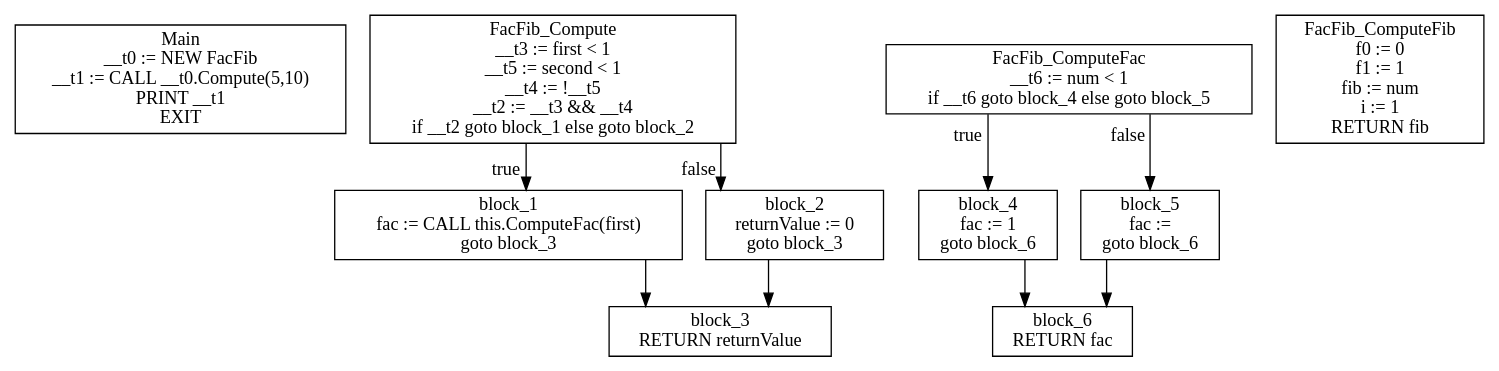
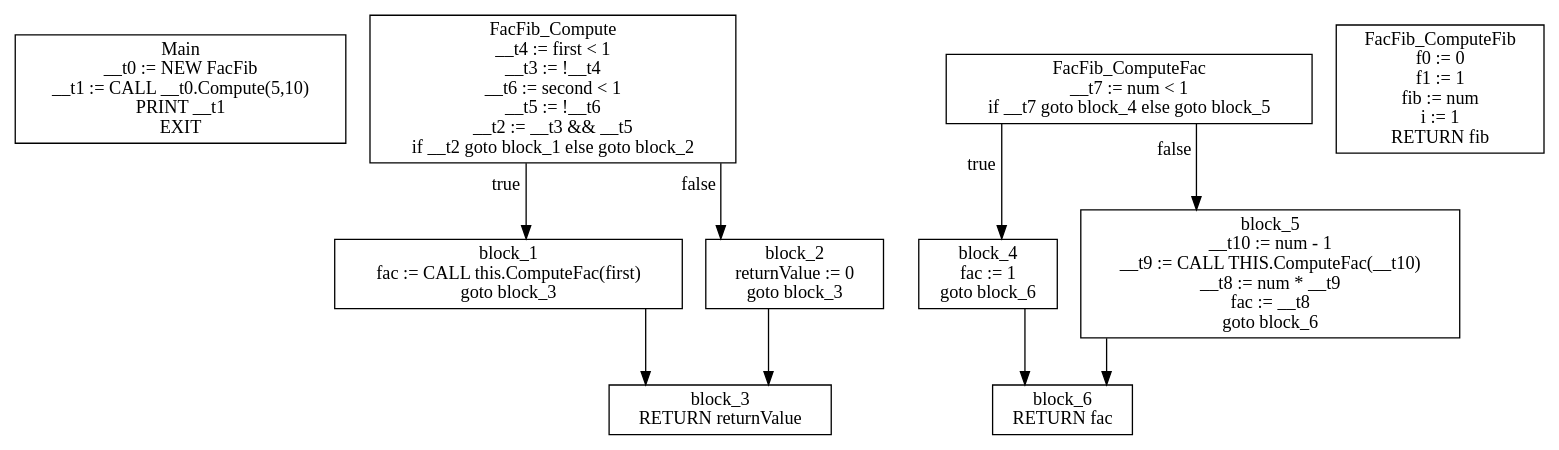
Before and after one commit to KarmaSora/Compiler: the diagram in gettingStarted/cfg.dot, drawn with Graphviz. The commit also changed 5 other files, not shown here.

```diff
--- a/gettingStarted/cfg.dot
+++ b/gettingStarted/cfg.dot
@@ -1,22 +1,22 @@
 digraph CFG {
 graph [splines=ortho];
 node [shape=box];
 Main [label="Main\n__t0 := NEW FacFib\n__t1 := CALL __t0.Compute(5,10)\nPRINT __t1\nEXIT\n"];
 FacFib_Compute -> block_1 [xlabel="true"];
 FacFib_Compute -> block_2 [xlabel="false"];
-FacFib_Compute [label="FacFib_Compute\n__t3 := first < 1\n__t5 := second < 1\n__t4 := !__t5\n__t2 := __t3 && __t4\nif __t2 goto block_1 else goto block_2\n"];
+FacFib_Compute [label="FacFib_Compute\n__t4 := first < 1\n__t3 := !__t4\n__t6 := second < 1\n__t5 := !__t6\n__t2 := __t3 && __t5\nif __t2 goto block_1 else goto block_2\n"];
 block_1 -> block_3;
 block_1 [label="block_1\nfac := CALL this.ComputeFac(first)\ngoto block_3\n"];
 block_2 -> block_3;
 block_2 [label="block_2\nreturnValue := 0\ngoto block_3\n"];
 block_3 [label="block_3\nRETURN returnValue\n"];
 FacFib_ComputeFac -> block_4 [xlabel="true"];
 FacFib_ComputeFac -> block_5 [xlabel="false"];
-FacFib_ComputeFac [label="FacFib_ComputeFac\n__t6 := num < 1\nif __t6 goto block_4 else goto block_5\n"];
+FacFib_ComputeFac [label="FacFib_ComputeFac\n__t7 := num < 1\nif __t7 goto block_4 else goto block_5\n"];
 block_4 -> block_6;
 block_4 [label="block_4\nfac := 1\ngoto block_6\n"];
 block_5 -> block_6;
-block_5 [label="block_5\nfac := \ngoto block_6\n"];
+block_5 [label="block_5\n__t10 := num - 1\n__t9 := CALL THIS.ComputeFac(__t10)\n__t8 := num * __t9\nfac := __t8\ngoto block_6\n"];
 block_6 [label="block_6\nRETURN fac\n"];
 FacFib_ComputeFib [label="FacFib_ComputeFib\nf0 := 0\nf1 := 1\nfib := num\ni := 1\nRETURN fib\n"];
 }
```
